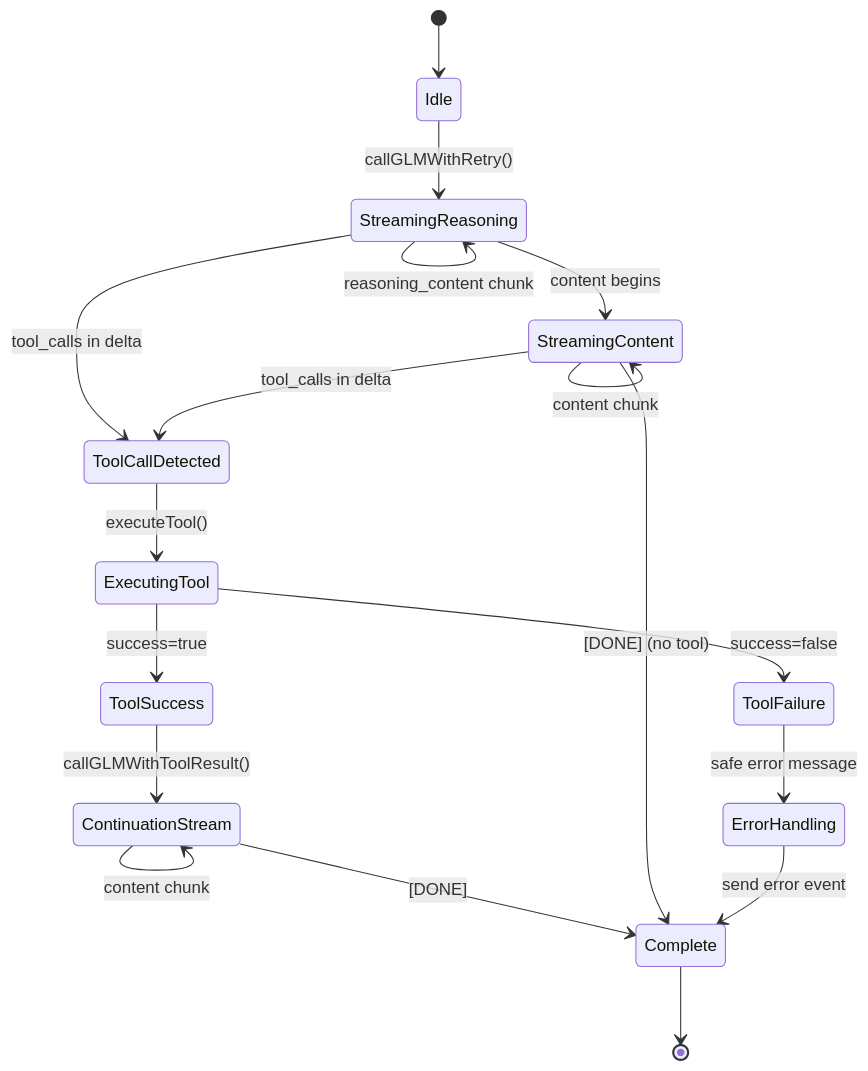
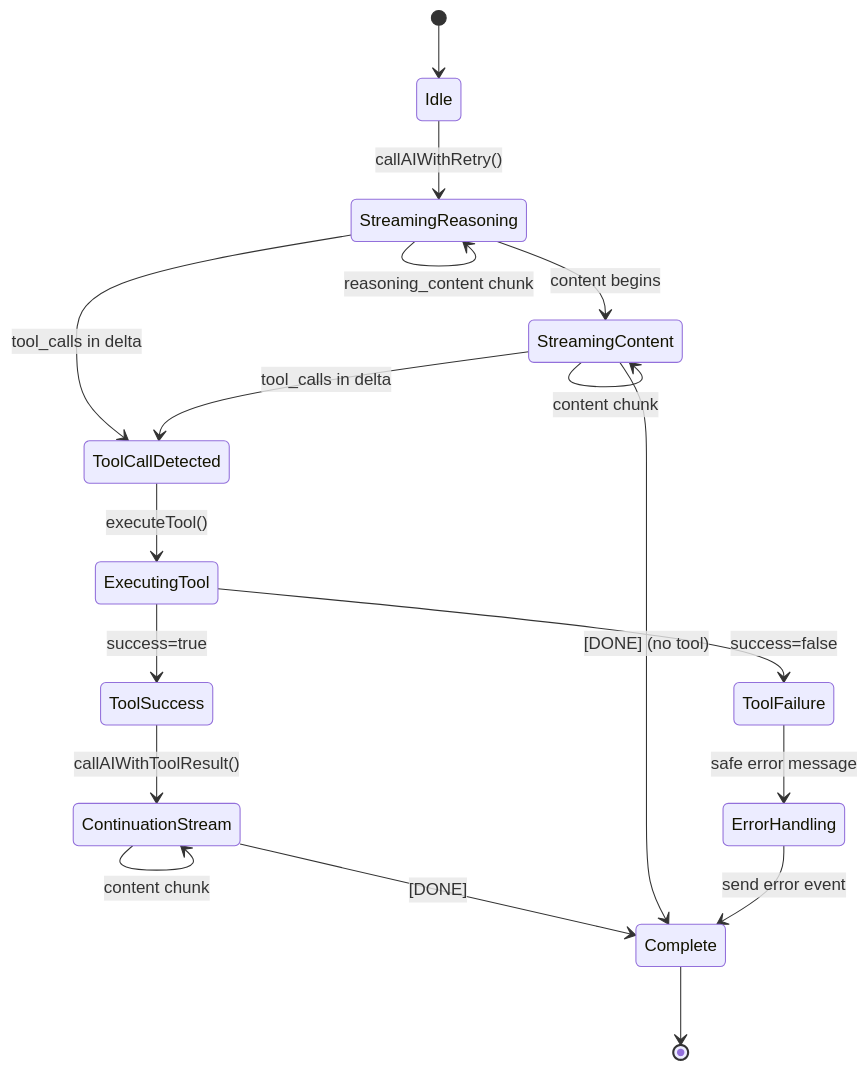
The second of 11 diagrams in docs/TOOL_SYSTEM_DEEP_DIVE.md (NickB03/vana), drawn with Mermaid before and after one commit. The commit also changed other lines of this file and 44 other files, not shown here.

````diff
--- a/docs/TOOL_SYSTEM_DEEP_DIVE.md
+++ b/docs/TOOL_SYSTEM_DEEP_DIVE.md
@@ -50,29 +50,29 @@
 ```mermaid
 stateDiagram-v2
     [*] --> Idle
 
-    Idle --> StreamingReasoning: callGLMWithRetry()
+    Idle --> StreamingReasoning: callAIWithRetry()
     StreamingReasoning --> StreamingReasoning: reasoning_content chunk
 
     StreamingReasoning --> StreamingContent: content begins
     StreamingContent --> StreamingContent: content chunk
 
     StreamingReasoning --> ToolCallDetected: tool_calls in delta
     StreamingContent --> ToolCallDetected: tool_calls in delta
 
     ToolCallDetected --> ExecutingTool: executeTool()
     ExecutingTool --> ToolSuccess: success=true
     ExecutingTool --> ToolFailure: success=false
 
-    ToolSuccess --> ContinuationStream: callGLMWithToolResult()
+    ToolSuccess --> ContinuationStream: callAIWithToolResult()
     ToolFailure --> ErrorHandling: safe error message
 
     ContinuationStream --> ContinuationStream: content chunk
     ContinuationStream --> Complete: [DONE]
 
     StreamingContent --> Complete: [DONE] (no tool)
 
     ErrorHandling --> Complete: send error event
 
     Complete --> [*]
 ```
````
